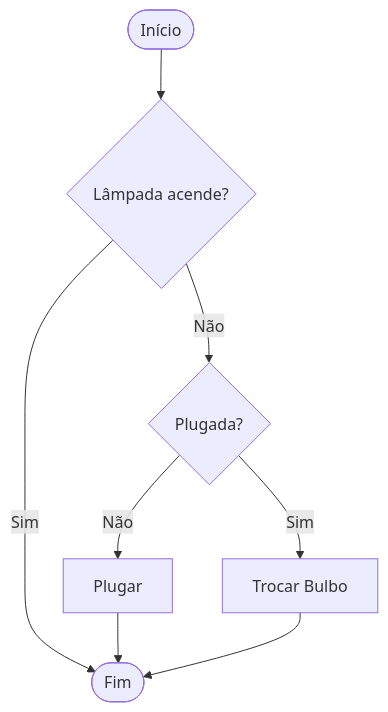
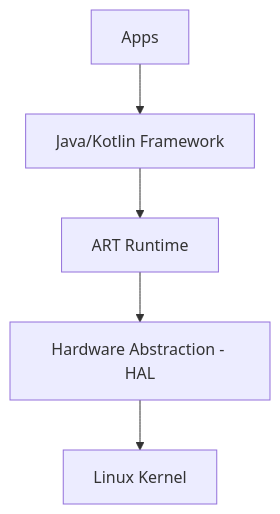
Before and after one commit to ricardotecpro/ads_spec_mobile_nativo_kotlin_swift: the diagram in estavel/slides/slide-01.md, drawn with Mermaid. The commit also changed other lines of this file and 103 other files, not shown here.

````diff
--- a/estavel/slides/slide-01.md
+++ b/estavel/slides/slide-01.md
@@ -146,10 +77,7 @@
 ```mermaid
-graph TD;
-    A([Início]) --> B{Lâmpada acende?};
-    B -- Não --> C{Plugada?};
-    C -- Não --> D[Plugar];
-    C -- Sim --> E[Trocar Bulbo];
-    B -- Sim --> F([Fim]);
-    D --> F;
-    E --> F;
+graph TD
+    A[Apps] --> B[Java/Kotlin Framework]
+    B --> C[ART Runtime]
+    C --> D[Hardware Abstraction - HAL]
+    D --> E[Linux Kernel]
 ```
````
